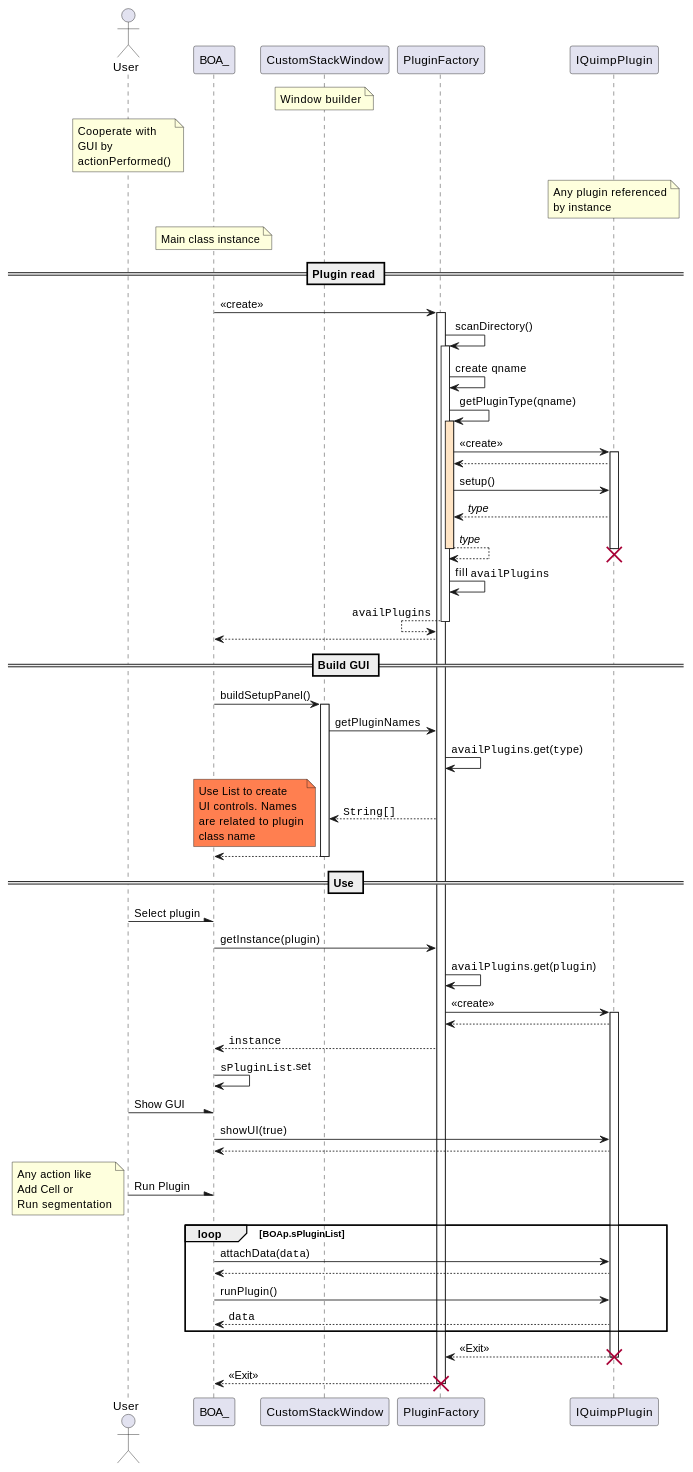
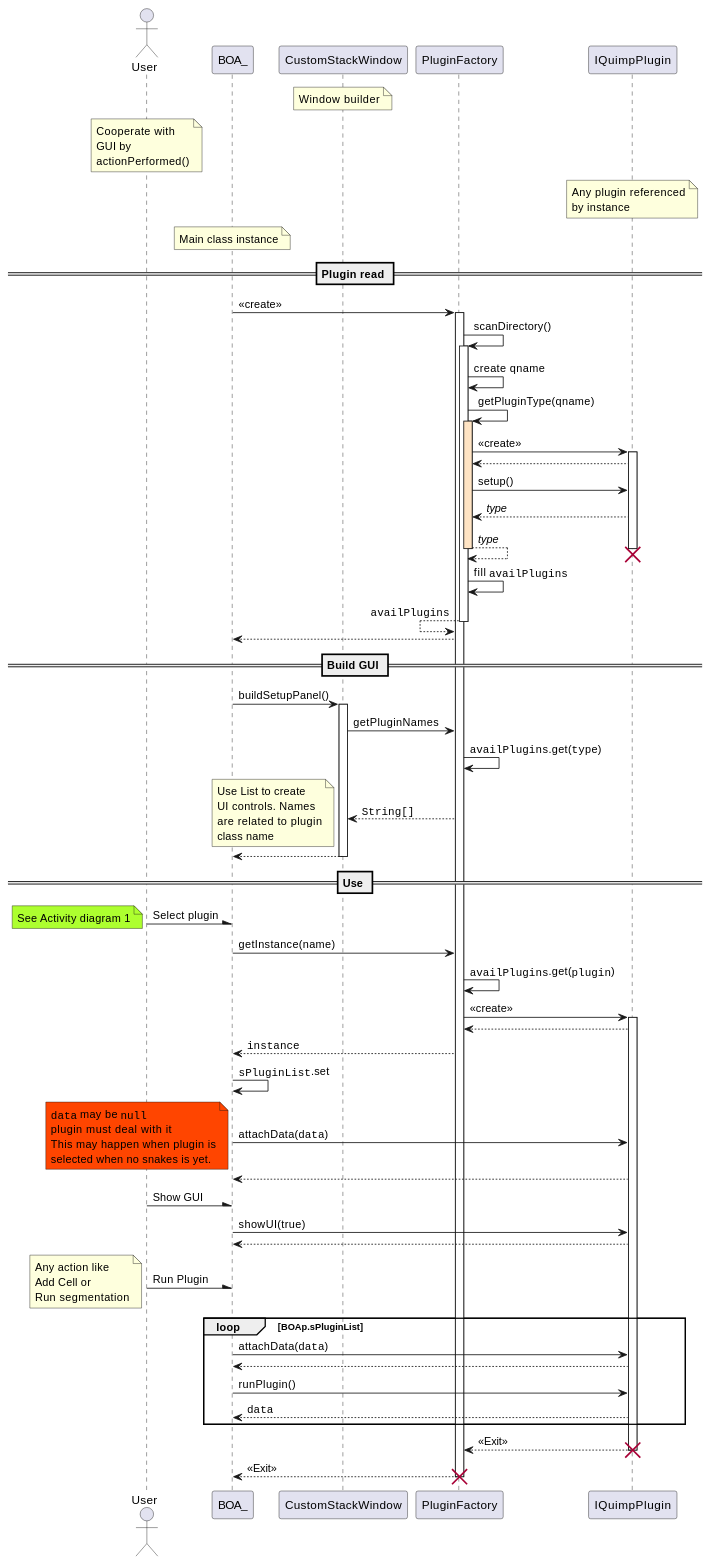
Before and after one commit to CellDynamics/QuimP: the second of 3 diagrams in Doxygen_doc/SnakePlugin.md, drawn with PlantUML. The commit also changed other lines of this file and 3 other files, not shown here.

```diff
--- a/Doxygen_doc/SnakePlugin.md
+++ b/Doxygen_doc/SnakePlugin.md
@@ -93,7 +93,7 @@
 GUIBuilder -> PluginFactory : getPluginNames
 PluginFactory -> PluginFactory : ""availPlugins"".get(""type"")
 GUIBuilder <-- PluginFactory : ""String[]""
-note left #Coral
+note left
 Use List to create
 UI controls. Names
 are related to plugin
@@ -107,7 +107,8 @@
 == Use ==
 
 User -\ QuimP : Select plugin
-QuimP -> PluginFactory : getInstance(plugin)
+note left #GreenYellow : See Activity diagram 1
+QuimP -> PluginFactory : getInstance(name)
 PluginFactory -> PluginFactory : ""availPlugins"".get(""plugin"")
 PluginFactory -> Plugin : <<create>>
 activate Plugin
@@ -115,6 +116,14 @@
 PluginFactory --> QuimP : ""instance""
 
 QuimP -> QuimP :""sPluginList"".set
+QuimP -> Plugin :attachData(""data"")
+note left #OrangeRed
+""data"" may be ""null""
+plugin must deal with it
+This may happen when plugin is
+selected when no snakes is yet.
+end note
+Plugin --> QuimP
 
 User -\ QuimP : Show GUI
 QuimP -> Plugin : showUI(true)
```
